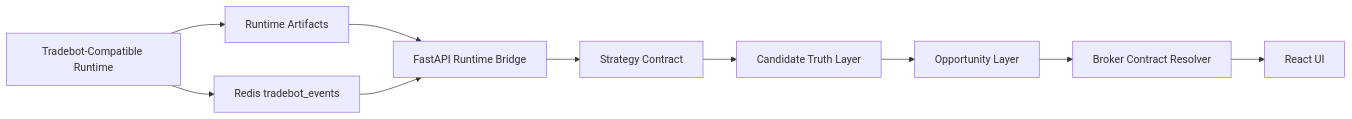
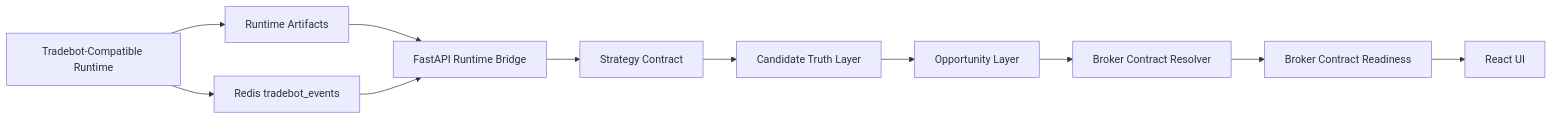
Before and after one commit to ramgolladi1503-sys/algotradify: the diagram in README.md, drawn with Mermaid. The commit also changed other lines of this file, not shown here.

Commit message:
Document broker contract readiness layer

````diff
--- a/README.md
+++ b/README.md
@@ -29,12 +30,13 @@
 ```mermaid
 flowchart LR
     A[Tradebot-Compatible Runtime] --> B[Runtime Artifacts]
     B --> C[FastAPI Runtime Bridge]
     C --> D[Strategy Contract]
     D --> E[Candidate Truth Layer]
     E --> F[Opportunity Layer]
     F --> G[Broker Contract Resolver]
-    G --> H[React UI]
-    A --> I[Redis tradebot_events]
-    I --> C
+    G --> H[Broker Contract Readiness]
+    H --> I[React UI]
+    A --> J[Redis tradebot_events]
+    J --> C
 ```
````
